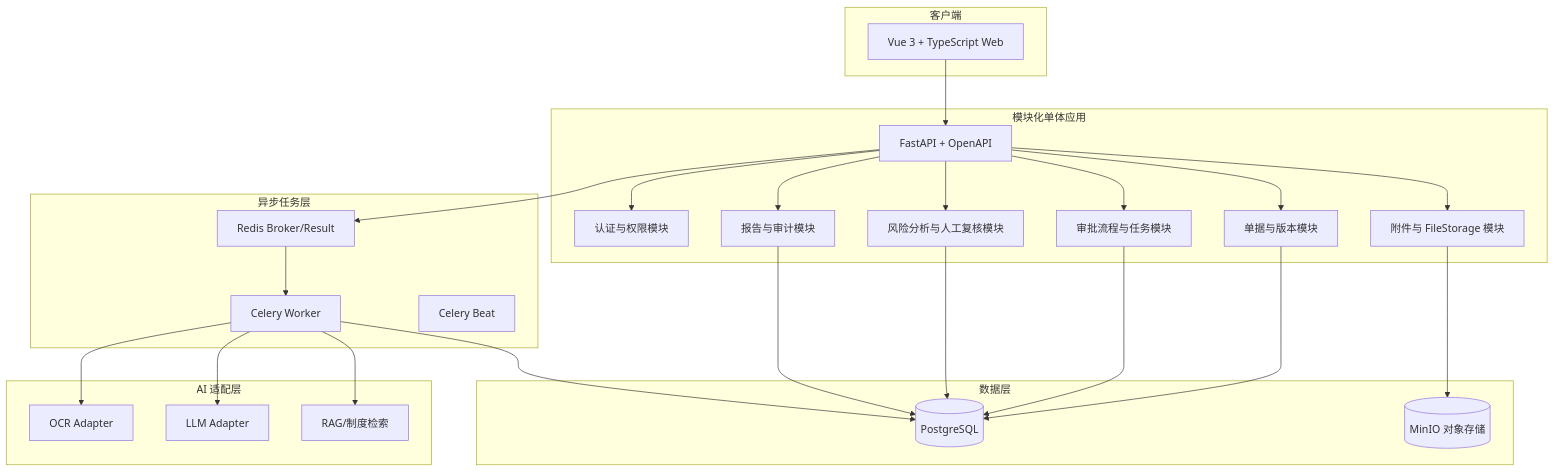
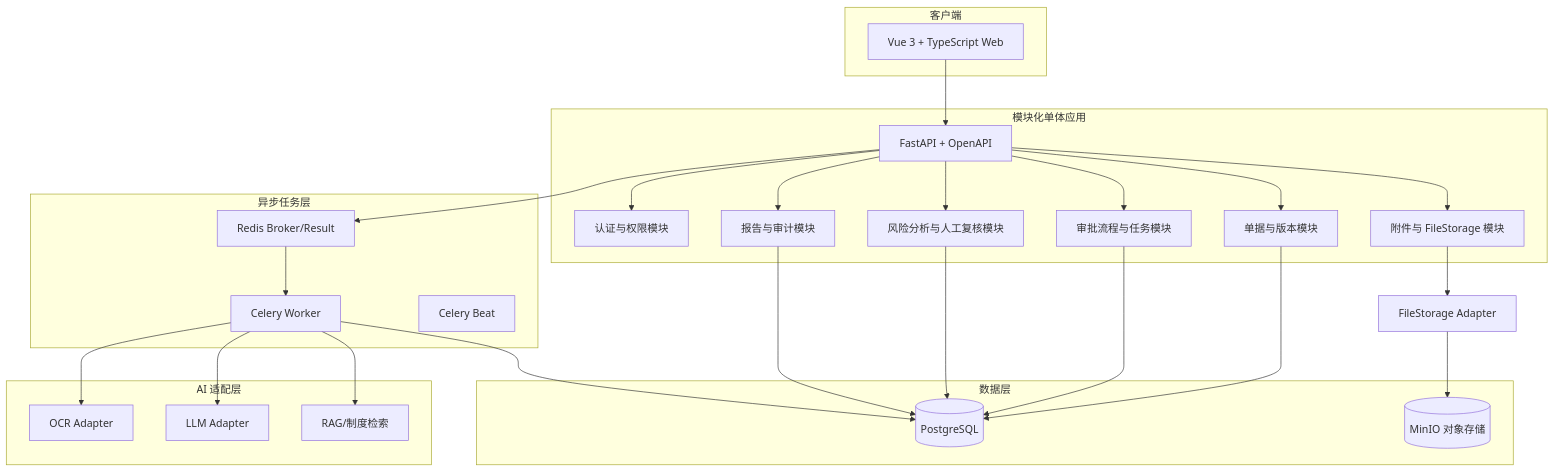
One commit to JLzzz994/ai_financial_risk_review_system changed the first of 4 diagrams in 财务评审文档/02-概要设计/02-概要设计总纲.md. Above: the diagram before and after it, drawn with Mermaid. The commit also changed other lines of this file, not shown here.

````diff
--- a/财务评审文档/02-概要设计/02-概要设计总纲.md
+++ b/财务评审文档/02-概要设计/02-概要设计总纲.md
@@ -28,37 +28,38 @@
 ```mermaid
 flowchart TB
   subgraph Client[客户端]
     Web[Vue 3 + TypeScript Web]
   end
   subgraph App[模块化单体应用]
     API[FastAPI + OpenAPI]
     Auth[认证与权限模块]
     Doc[单据与版本模块]
     File[附件与 FileStorage 模块]
     Workflow[审批流程与任务模块]
     Review[风险分析与人工复核模块]
     Report[报告与审计模块]
   end
   subgraph Async[异步任务层]
     Celery[Celery Worker]
     Beat[Celery Beat]
     Redis[Redis Broker/Result]
   end
   subgraph Data[数据层]
     PG[(PostgreSQL)]
     MinIO[(MinIO 对象存储)]
   end
   subgraph AI[AI 适配层]
     OCR[OCR Adapter]
     LLM[LLM Adapter]
     RAG[RAG/制度检索]
   end
   Web --> API
   API --> Auth & Doc & File & Workflow & Review & Report
   Doc & Workflow & Review & Report --> PG
-  File --> MinIO
+  File --> STORAGE[FileStorage Adapter]
+  STORAGE --> MinIO[(MinIO 对象存储)]
   API --> Redis
   Redis --> Celery
   Celery --> OCR & LLM & RAG
   Celery --> PG
 ```
````
